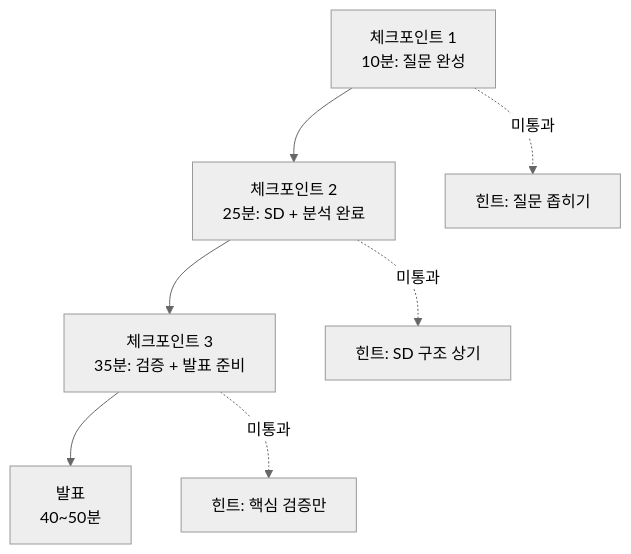
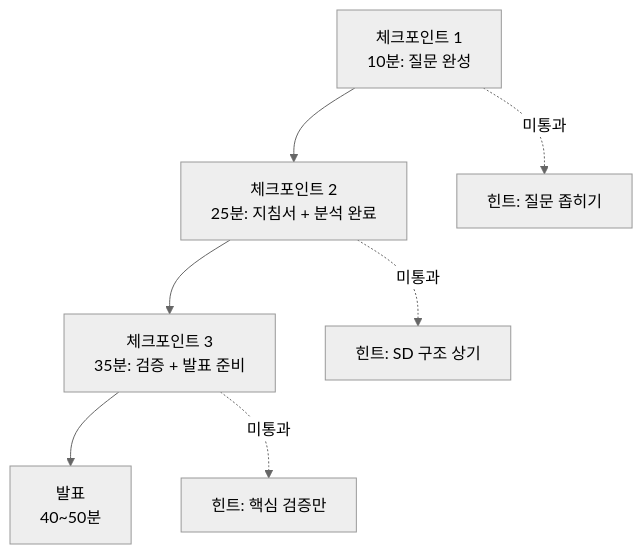
The fourth of 4 diagrams in docs/chapter09.md (greatsong/data-analysis-agentic), drawn with Mermaid (neutral theme) before and after one commit. The commit also changed other lines of this file and 6 other files, not shown here.

First line of the commit message:
어색한 표현 정리: 과격한 비유 → 교육적 표현 + mermaid \n → <br>

````diff
--- a/docs/chapter09.md
+++ b/docs/chapter09.md
@@ -250,10 +250,10 @@
 ```mermaid
 flowchart TD
-    CP1["체크포인트 1\n10분: 질문 완성"] --> CP2["체크포인트 2\n25분: SD + 분석 완료"]
-    CP2 --> CP3["체크포인트 3\n35분: 검증 + 발표 준비"]
-    CP3 --> P["발표\n40~50분"]
+    CP1["체크포인트 1<br>10분: 질문 완성"] --> CP2["체크포인트 2<br>25분: 지침서 + 분석 완료"]
+    CP2 --> CP3["체크포인트 3<br>35분: 검증 + 발표 준비"]
+    CP3 --> P["발표<br>40~50분"]
 
     CP1 -.->|"미통과"| H1["힌트: 질문 좁히기"]
     CP2 -.->|"미통과"| H2["힌트: SD 구조 상기"]
     CP3 -.->|"미통과"| H3["힌트: 핵심 검증만"]
 ```
````
